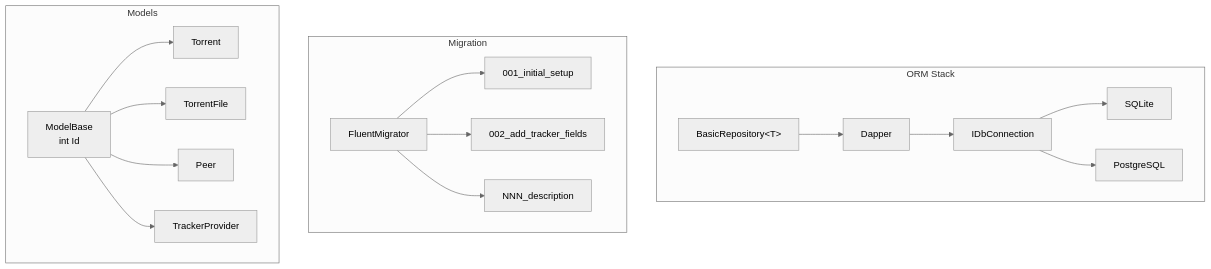
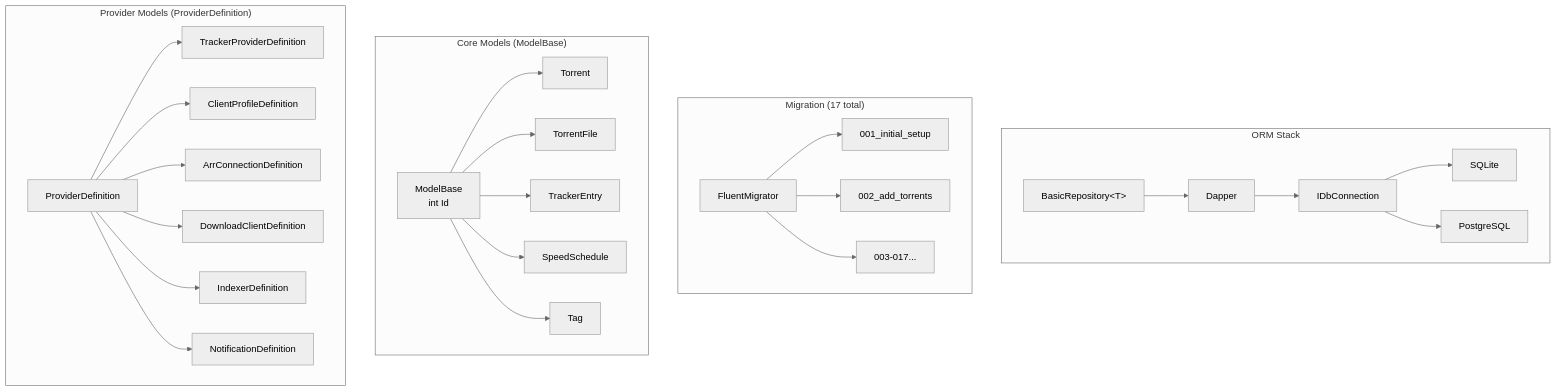
One commit to dmzoneill/Seedarr changed the sixth of 6 diagrams in docs/architecture.md. Above: the diagram before and after it, drawn with Mermaid (neutral theme). The commit also changed other lines of this file and 6 other files, not shown here.

````diff
--- a/docs/architecture.md
+++ b/docs/architecture.md
@@ -175,22 +177,32 @@
 ```mermaid
 graph TD
     subgraph "ORM Stack"
         REPO["BasicRepository&lt;T&gt;"] --> DAPPER[Dapper]
         DAPPER --> CONN[IDbConnection]
         CONN --> SQLITE[SQLite]
         CONN --> PG[PostgreSQL]
     end
 
-    subgraph "Migration"
+    subgraph "Migration (17 total)"
         FM[FluentMigrator] --> MIG1["001_initial_setup"]
-        FM --> MIG2["002_add_tracker_fields"]
-        FM --> MIGN["NNN_description"]
+        FM --> MIG2["002_add_torrents"]
+        FM --> MIG3["003-017..."]
     end
 
-    subgraph "Models"
+    subgraph "Core Models (ModelBase)"
         MB[ModelBase<br/>int Id] --> TORRENT[Torrent]
         MB --> TF[TorrentFile]
-        MB --> PEER[Peer]
-        MB --> TP[TrackerProvider]
+        MB --> TE[TrackerEntry]
+        MB --> SS[SpeedSchedule]
+        MB --> TAG[Tag]
+    end
+
+    subgraph "Provider Models (ProviderDefinition)"
+        PD[ProviderDefinition] --> TPD[TrackerProviderDefinition]
+        PD --> CPD[ClientProfileDefinition]
+        PD --> ACD[ArrConnectionDefinition]
+        PD --> DCD[DownloadClientDefinition]
+        PD --> ID[IndexerDefinition]
+        PD --> ND[NotificationDefinition]
     end
 ```
````
